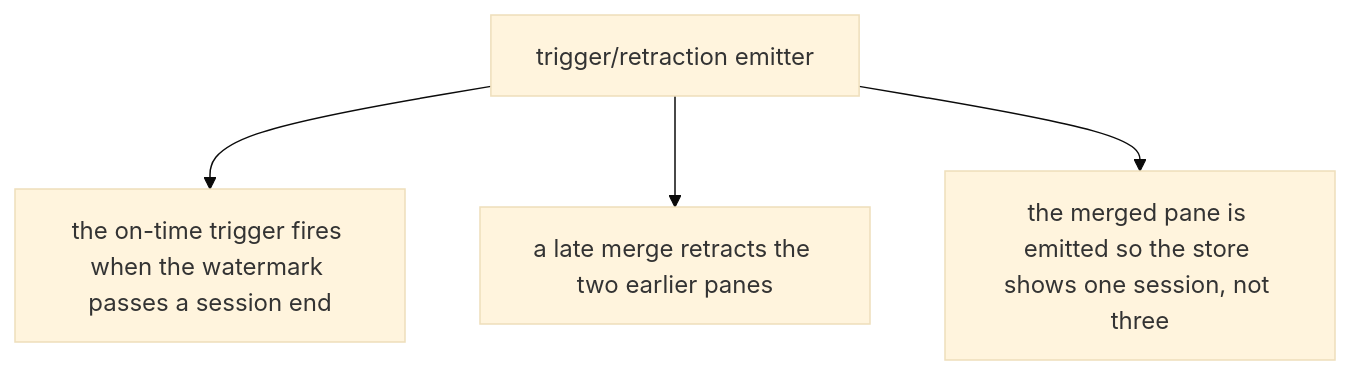
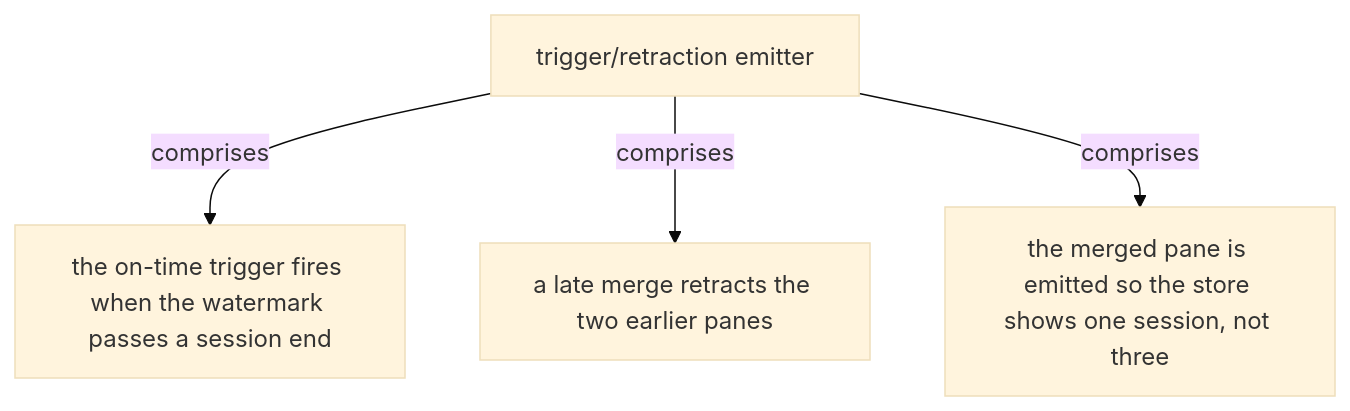
One commit to vinayakuber/streaming-systems-study-guide changed the seventh of 19 diagrams in docs/ch04-advanced-windowing.md. Above: the diagram before and after it, drawn with Mermaid (base theme). The commit also changed other lines of this file and 22 other files, not shown here.

First line of the commit message:
R18: label every diagram arrow with its meaning

````diff
--- a/docs/ch04-advanced-windowing.md
+++ b/docs/ch04-advanced-windowing.md
@@ -180,7 +180,7 @@
 ```mermaid
 flowchart TD
   R["trigger/retraction emitter"]
-  R --> P0["the on-time trigger fires when the watermark passes a session end"]
-  R --> P1["a late merge retracts the two earlier panes"]
-  R --> P2["the merged pane is emitted so the store shows one session, not three"]
+  R -->|"comprises"| P0["the on-time trigger fires when the watermark passes a session end"]
+  R -->|"comprises"| P1["a late merge retracts the two earlier panes"]
+  R -->|"comprises"| P2["the merged pane is emitted so the store shows one session, not three"]
 ```
````
